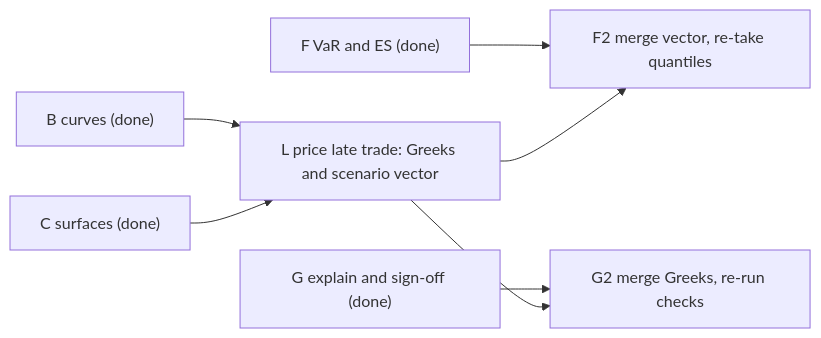
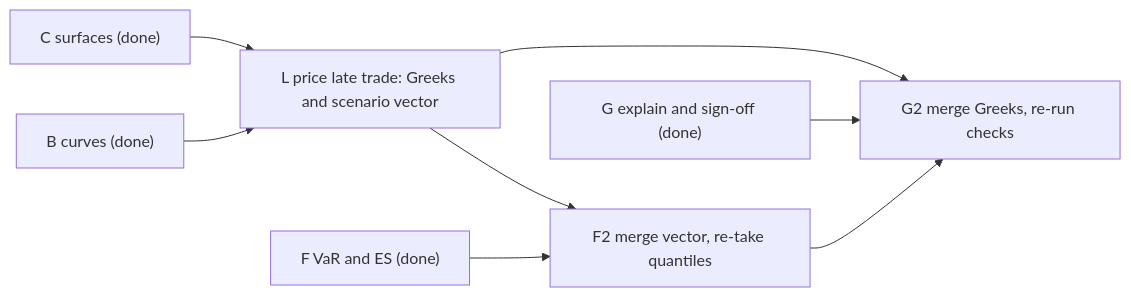
One commit to shreejitverma/The-Quant-Prep changed the fifth of 5 diagrams in 18-Pricing-and-Risk-Systems/13-EOD-Risk-Batch.md. Above: the diagram before and after it, drawn with Mermaid. The commit also changed other lines of this file and 5 other files, not shown here.

````diff
--- a/18-Pricing-and-Risk-Systems/13-EOD-Risk-Batch.md
+++ b/18-Pricing-and-Risk-Systems/13-EOD-Risk-Batch.md
@@ -253,9 +253,10 @@
 ```mermaid
 flowchart LR
     B["B curves (done)"] --> L["L price late trade: Greeks and scenario vector"]
     C["C surfaces (done)"] --> L
     F["F VaR and ES (done)"] --> F2["F2 merge vector, re-take quantiles"]
     L --> F2
     G["G explain and sign-off (done)"] --> G2["G2 merge Greeks, re-run checks"]
     L --> G2
+    F2 --> G2
 ```
````
